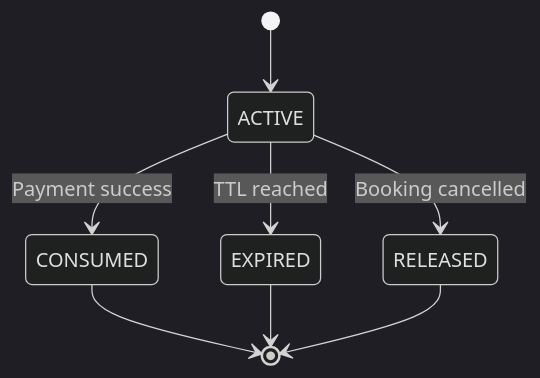
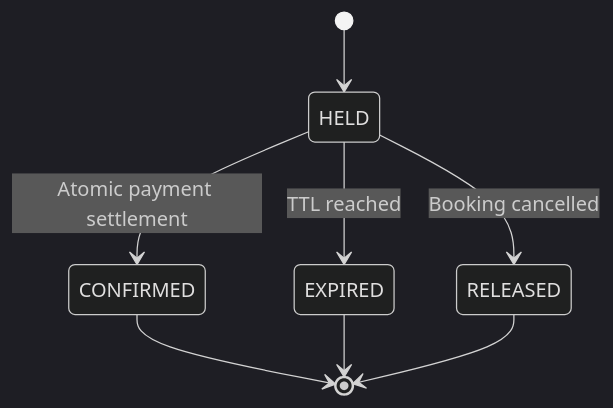
Before and after one commit to SyxThan/GoBookNow: the second of 5 diagrams in docs/STATE_MACHINE.md, drawn with Mermaid (dark theme). The commit also changed other lines of this file and 8 other files, not shown here.

Commit message:
feat(booking): confirm bookings atomically after payment

````diff
--- a/docs/STATE_MACHINE.md
+++ b/docs/STATE_MACHINE.md
@@ -216,12 +216,12 @@
 ```mermaid
 stateDiagram-v2
-    [*] --> ACTIVE
+    [*] --> HELD
 
-    ACTIVE --> CONSUMED: Payment success
-    ACTIVE --> EXPIRED: TTL reached
-    ACTIVE --> RELEASED: Booking cancelled
+    HELD --> CONFIRMED: Atomic payment settlement
+    HELD --> EXPIRED: TTL reached
+    HELD --> RELEASED: Booking cancelled
 
-    CONSUMED --> [*]
+    CONFIRMED --> [*]
     EXPIRED --> [*]
     RELEASED --> [*]
 ```
````
